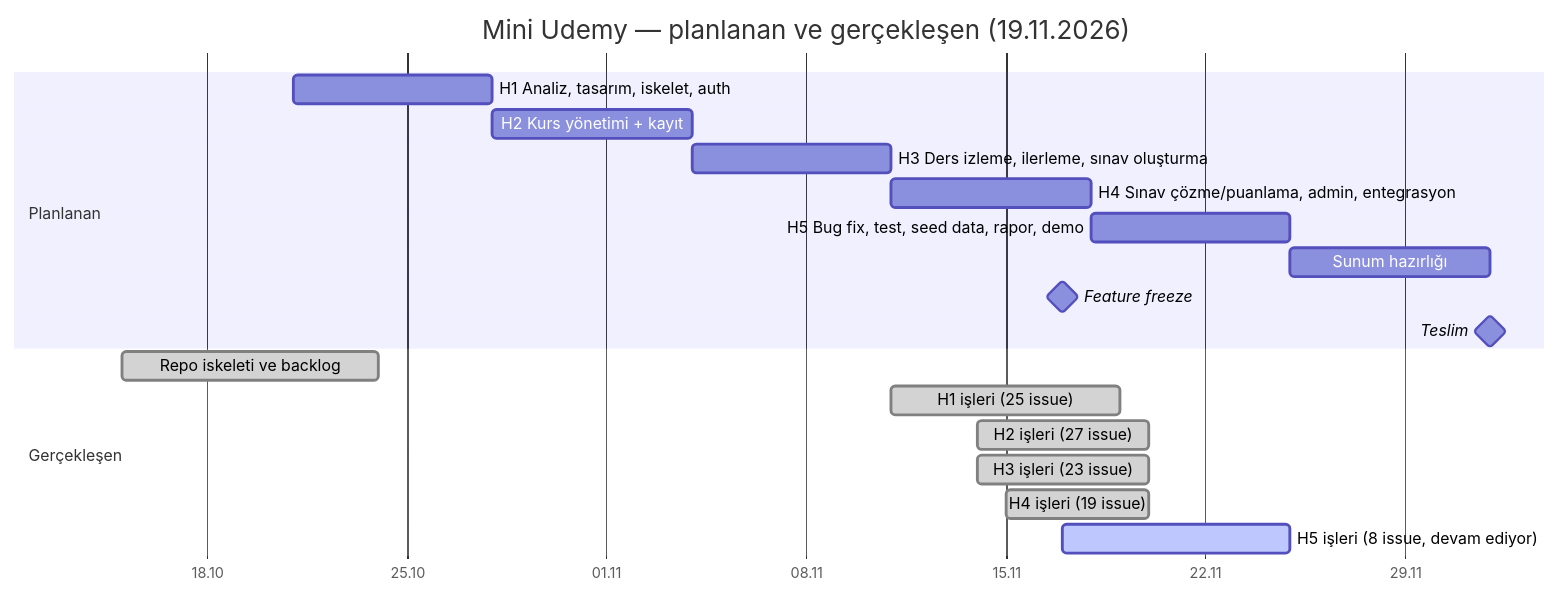
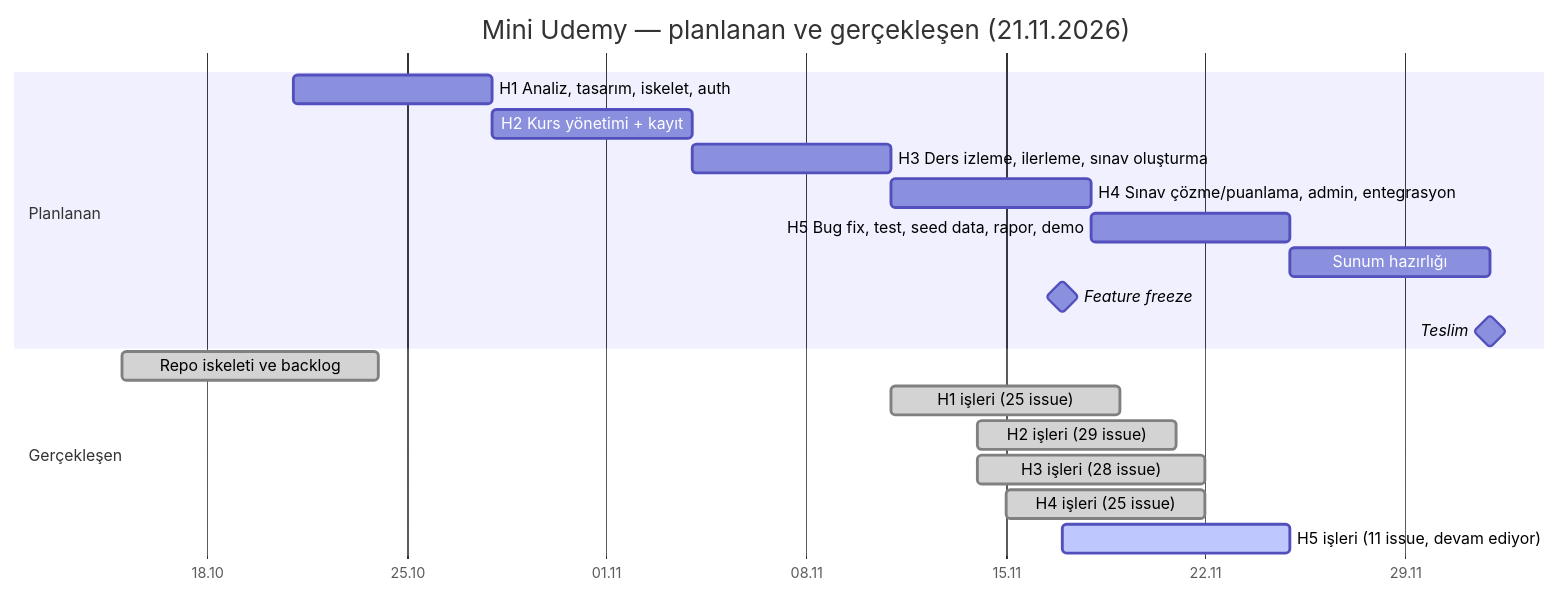
Before and after one commit to Bertanokt/mini-udemy: the diagram in rapor/bolum-5-8.md, drawn with Mermaid. The commit also changed other lines of this file and 2 other files, not shown here.

````diff
--- a/rapor/bolum-5-8.md
+++ b/rapor/bolum-5-8.md
@@ -66,24 +66,24 @@
 ```mermaid
 gantt
-    title Mini Udemy — planlanan ve gerçekleşen (19.11.2026)
+    title Mini Udemy — planlanan ve gerçekleşen (21.11.2026)
     dateFormat  YYYY-MM-DD
     axisFormat  %d.%m
 
     section Planlanan
     H1 Analiz, tasarım, iskelet, auth            :h1, 2026-10-21, 2026-10-28
     H2 Kurs yönetimi + kayıt                      :h2, 2026-10-28, 2026-11-04
     H3 Ders izleme, ilerleme, sınav oluşturma     :h3, 2026-11-04, 2026-11-11
     H4 Sınav çözme/puanlama, admin, entegrasyon   :h4, 2026-11-11, 2026-11-18
     H5 Bug fix, test, seed data, rapor, demo      :h5, 2026-11-18, 2026-11-25
     Sunum hazırlığı                               :s1, 2026-11-25, 2026-12-02
     Feature freeze                                :milestone, ff, 2026-11-17, 0d
     Teslim                                        :milestone, t1, 2026-12-02, 0d
 
     section Gerçekleşen
     Repo iskeleti ve backlog                      :done, g0, 2026-10-15, 2026-10-24
     H1 işleri (25 issue)                          :done, g1, 2026-11-11, 2026-11-19
-    H2 işleri (27 issue)                          :done, g2, 2026-11-14, 2026-11-20
-    H3 işleri (23 issue)                          :done, g3, 2026-11-14, 2026-11-20
-    H4 işleri (19 issue)                          :done, g4, 2026-11-15, 2026-11-20
-    H5 işleri (8 issue, devam ediyor)             :active, g5, 2026-11-17, 2026-11-25
+    H2 işleri (29 issue)                          :done, g2, 2026-11-14, 2026-11-21
+    H3 işleri (28 issue)                          :done, g3, 2026-11-14, 2026-11-22
+    H4 işleri (25 issue)                          :done, g4, 2026-11-15, 2026-11-22
+    H5 işleri (11 issue, devam ediyor)            :active, g5, 2026-11-17, 2026-11-25
 ```
````
